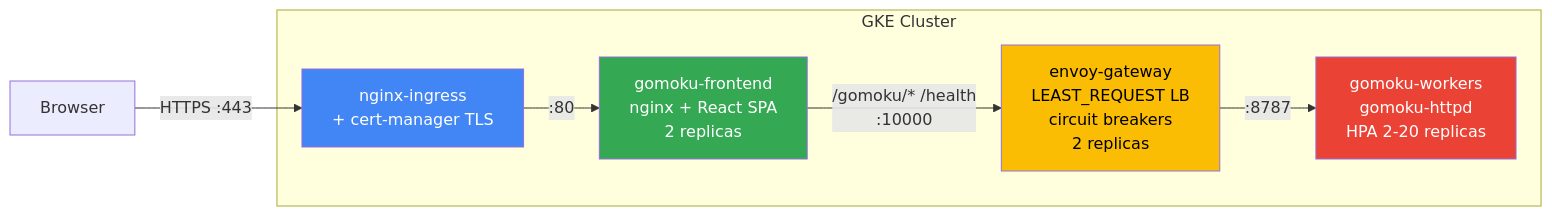
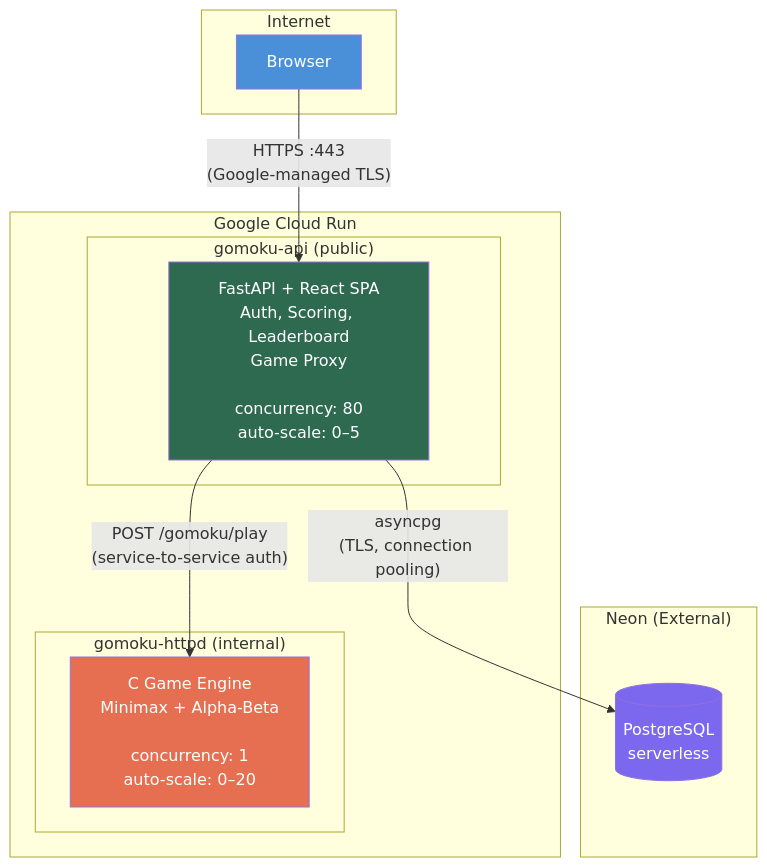
Before and after one commit to kigster/gomoku-ansi-c: the second of 3 diagrams in doc/DEPLOYMENT.md, drawn with Mermaid. The commit also changed other lines of this file and 61 other files, not shown here.

First line of the commit message:
Improve gameplay reliability, API logging, and frontend UX (#71)

````diff
--- a/doc/DEPLOYMENT.md
+++ b/doc/DEPLOYMENT.md
@@ -295,16 +131,29 @@
 ```mermaid
-flowchart LR
-    Browser -- "HTTPS :443" --> Ingress
-
-    subgraph "GKE Cluster"
-        Ingress["nginx-ingress<br/>+ cert-manager TLS"]
-        Ingress -- ":80" --> FE["gomoku-frontend<br/>nginx + React SPA<br/>2 replicas"]
-        FE -- "/gomoku/* /health<br/>:10000" --> Envoy["envoy-gateway<br/>LEAST_REQUEST LB<br/>circuit breakers<br/>2 replicas"]
-        Envoy -- ":8787" --> Workers["gomoku-workers<br/>gomoku-httpd<br/>HPA 2-20 replicas"]
+graph TB
+    subgraph Internet
+        Browser["Browser"]
     end
 
-    style Ingress fill:#4285F4,color:#fff
-    style FE fill:#34A853,color:#fff
-    style Envoy fill:#FBBC04,color:#000
-    style Workers fill:#EA4335,color:#fff
+    subgraph "Google Cloud Run"
+        subgraph "gomoku-api (public)"
+            API["FastAPI + React SPA<br/>Auth, Scoring, Leaderboard<br/>Game Proxy<br/><br/>concurrency: 80<br/>auto-scale: 0–5"]
+        end
+
+        subgraph "gomoku-httpd (internal)"
+            Engine["C Game Engine<br/>Minimax + Alpha-Beta<br/><br/>concurrency: 1<br/>auto-scale: 0–20"]
+        end
+    end
+
+    subgraph "Neon (External)"
+        PG[("PostgreSQL<br/>serverless")]
+    end
+
+    Browser -->|"HTTPS :443<br/>(Google-managed TLS)"| API
+    API -->|"POST /gomoku/play<br/>(service-to-service auth)"| Engine
+    API -->|"asyncpg<br/>(TLS, connection pooling)"| PG
+
+    style Browser fill:#4A90D9,color:#fff
+    style API fill:#2D6A4F,color:#fff
+    style Engine fill:#E76F51,color:#fff
+    style PG fill:#7B68EE,color:#fff
 ```
````
